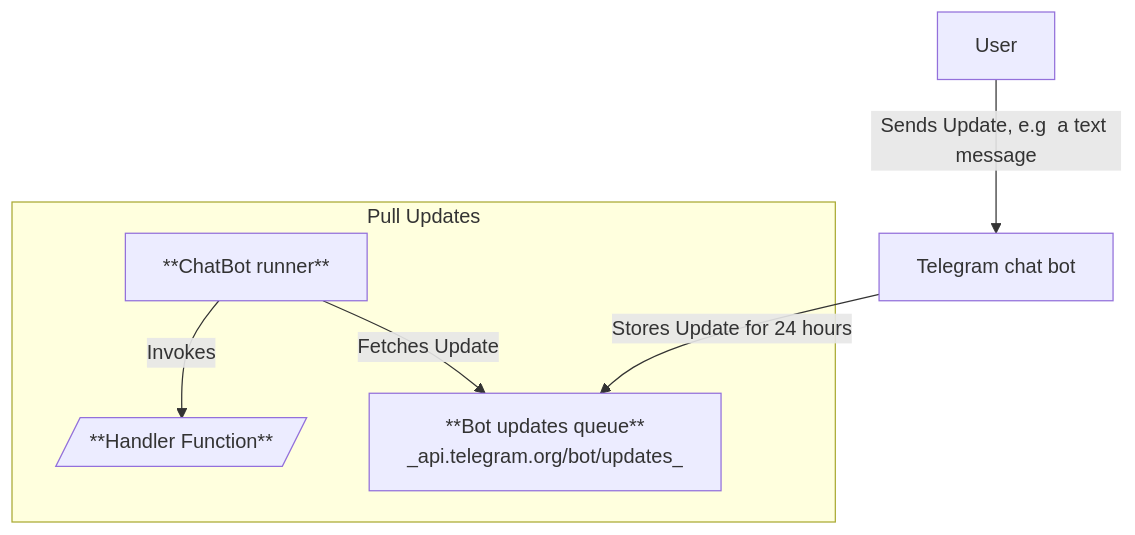
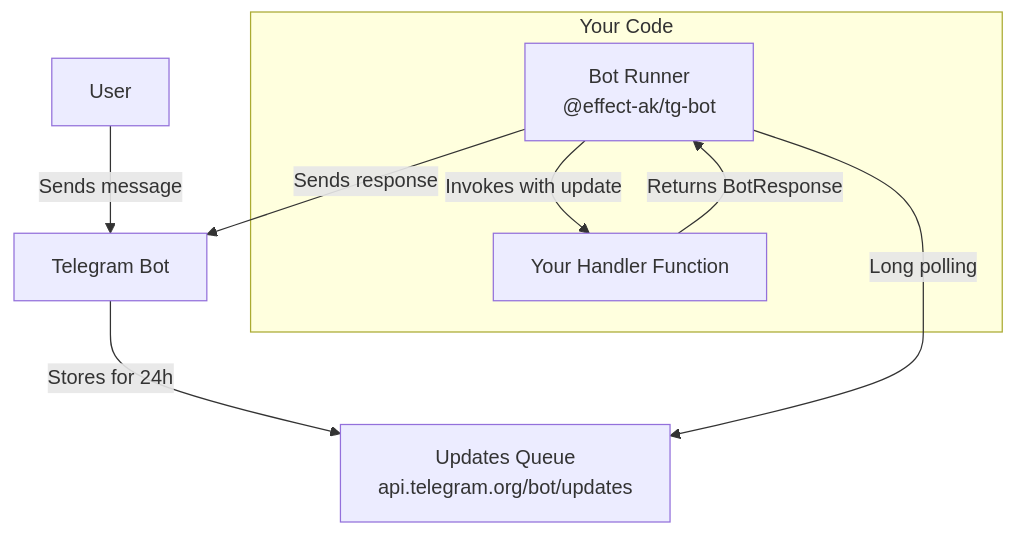
One commit to effect-ak/tg-bot-client changed the diagram in packages/bot/readme.md. Above: the diagram before and after it, drawn with Mermaid. The commit also changed other lines of this file and 20 other files, not shown here.

````diff
--- a/packages/bot/readme.md
+++ b/packages/bot/readme.md
@@ -80,16 +416,15 @@
 ```mermaid
 graph TD
-  HandlerFunction[/**Handler Function**/]
-  Library[**ChatBot runner**]
-  TgBot[Telegram chat bot]
-  MessageQueue[**Bot updates queue**<br>_api.telegram.org/bot/updates_]
-  User -->|Sends Update, e.g  a text message| TgBot
-  TgBot -->|Stores Update for 24 hours | MessageQueue
+  User[User] -->|Sends message| TgBot[Telegram Bot]
+  TgBot -->|Stores for 24h| Queue[Updates Queue<br/>api.telegram.org/bot/updates]
 
-  subgraph Pull Updates
-    Library -->|Fetches Update | MessageQueue
-    Library -->|Invokes| HandlerFunction
+  subgraph Your Code
+    Runner[Bot Runner<br/>@effect-ak/tg-bot]
+    Handler[Your Handler Function]
   end
 
-
+  Runner -->|Long polling| Queue
+  Runner -->|Invokes with update| Handler
+  Handler -->|Returns BotResponse| Runner
+  Runner -->|Sends response| TgBot
 ```
````
